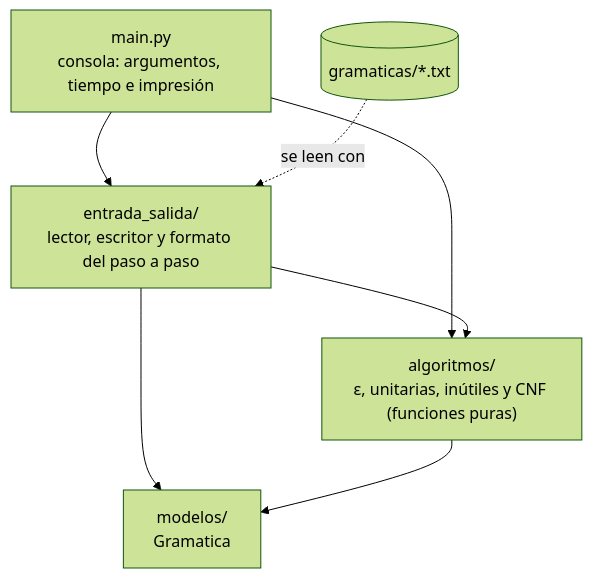
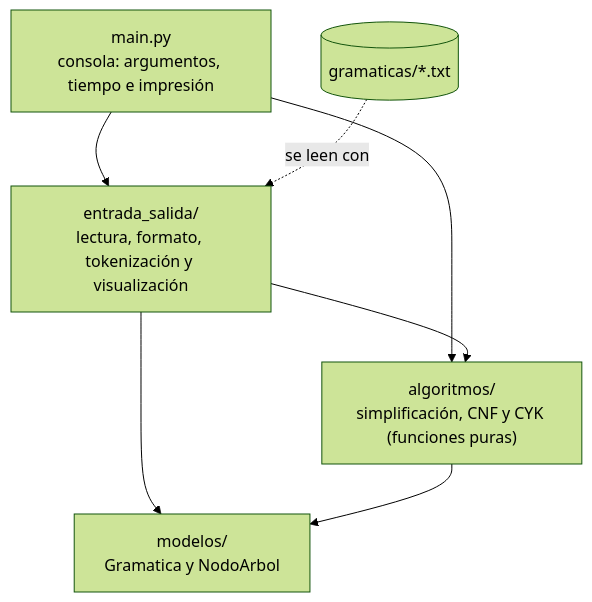
One commit to Lazaroo1/proyecto2-ToC changed the first of 3 diagrams in docs/reporte.md. Above: the diagram before and after it, drawn with Mermaid (forest theme). The commit also changed other lines of this file, not shown here.

Commit message:
docs: documentar el diseño de CYK y del parse tree

````diff
--- a/docs/reporte.md
+++ b/docs/reporte.md
@@ -20,14 +20,14 @@
 ```mermaid
 flowchart TD
     MAIN["main.py<br/>consola: argumentos, tiempo e impresión"]
-    ES["entrada_salida/<br/>lector, escritor y formato del paso a paso"]
-    ALG["algoritmos/<br/>ε, unitarias, inútiles y CNF (funciones puras)"]
-    MOD["modelos/<br/>Gramatica"]
+    ES["entrada_salida/<br/>lectura, formato, tokenización y visualización"]
+    ALG["algoritmos/<br/>simplificación, CNF y CYK (funciones puras)"]
+    MOD["modelos/<br/>Gramatica y NodoArbol"]
     ARCH[("gramaticas/*.txt")]
     MAIN --> ES
     MAIN --> ALG
     ES --> ALG
     ES --> MOD
     ALG --> MOD
     ARCH -. se leen con .-> ES
 ```
````
